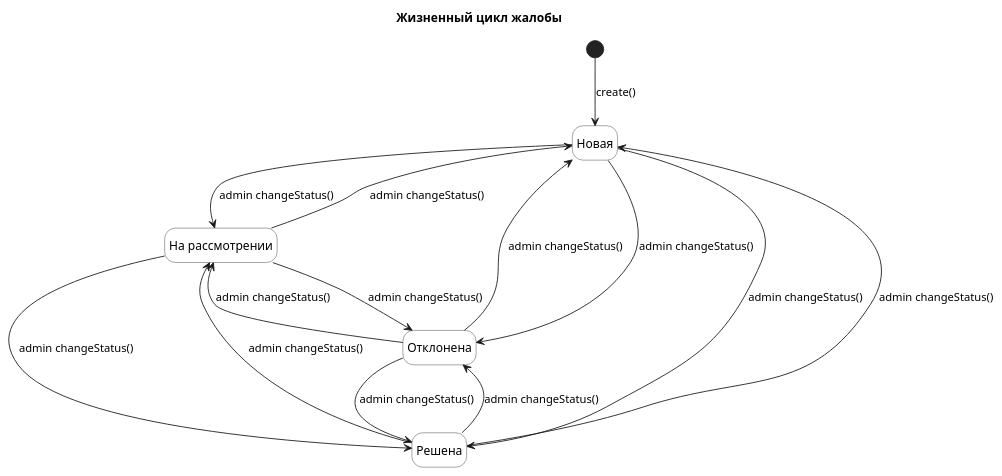
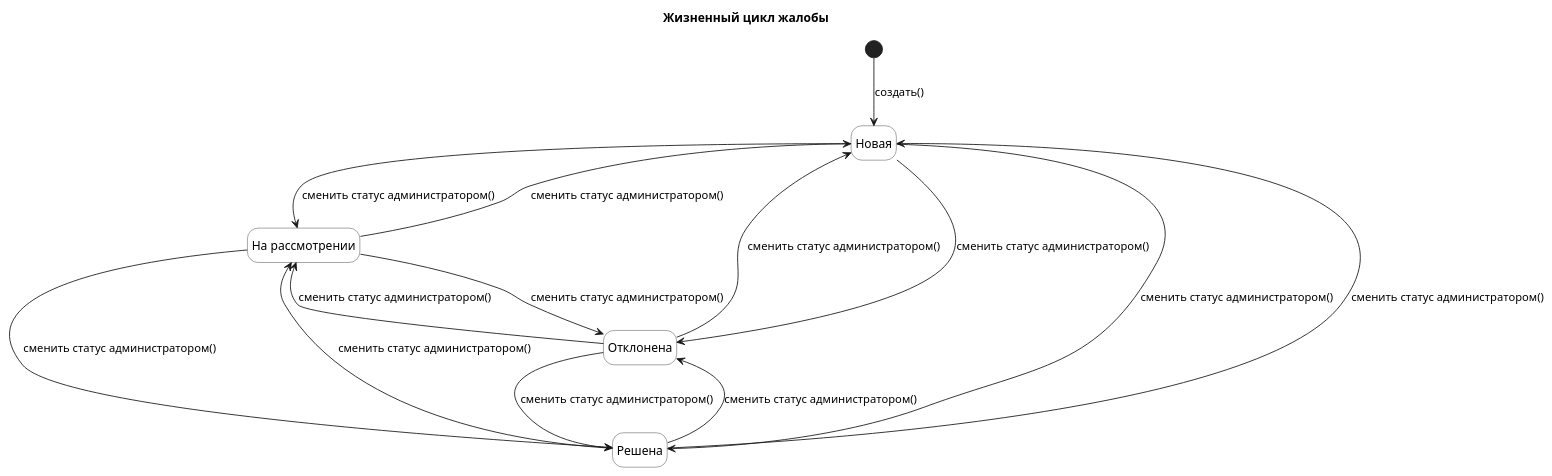
Before and after one commit to nifle3/diplom_work: the diagram in docs/state/03_report_lifecycle.puml, drawn with PlantUML. The commit also changed 3 other files, not shown here.

```diff
--- a/docs/state/03_report_lifecycle.puml
+++ b/docs/state/03_report_lifecycle.puml
@@ -1,36 +1,36 @@
 @startuml 03_report_lifecycle
 title Жизненный цикл жалобы
 
 hide empty description
 skinparam state {
   BackgroundColor White
   BorderColor #333333
 }
 
-[*] --> New : create()
+[*] --> New : создать()
 
 state "Новая" as New
 
 state "На рассмотрении" as InReview
 
 state "Решена" as Resolved
 
 state "Отклонена" as Rejected
 
-New --> InReview : admin changeStatus()
-New --> Resolved : admin changeStatus()
-New --> Rejected : admin changeStatus()
+New --> InReview : сменить статус администратором()
+New --> Resolved : сменить статус администратором()
+New --> Rejected : сменить статус администратором()
 
-InReview --> New : admin changeStatus()
-InReview --> Resolved : admin changeStatus()
-InReview --> Rejected : admin changeStatus()
+InReview --> New : сменить статус администратором()
+InReview --> Resolved : сменить статус администратором()
+InReview --> Rejected : сменить статус администратором()
 
-Resolved --> New : admin changeStatus()
-Resolved --> InReview : admin changeStatus()
-Resolved --> Rejected : admin changeStatus()
+Resolved --> New : сменить статус администратором()
+Resolved --> InReview : сменить статус администратором()
+Resolved --> Rejected : сменить статус администратором()
 
-Rejected --> New : admin changeStatus()
-Rejected --> InReview : admin changeStatus()
-Rejected --> Resolved : admin changeStatus()
+Rejected --> New : сменить статус администратором()
+Rejected --> InReview : сменить статус администратором()
+Rejected --> Resolved : сменить статус администратором()
 
 @enduml
```
